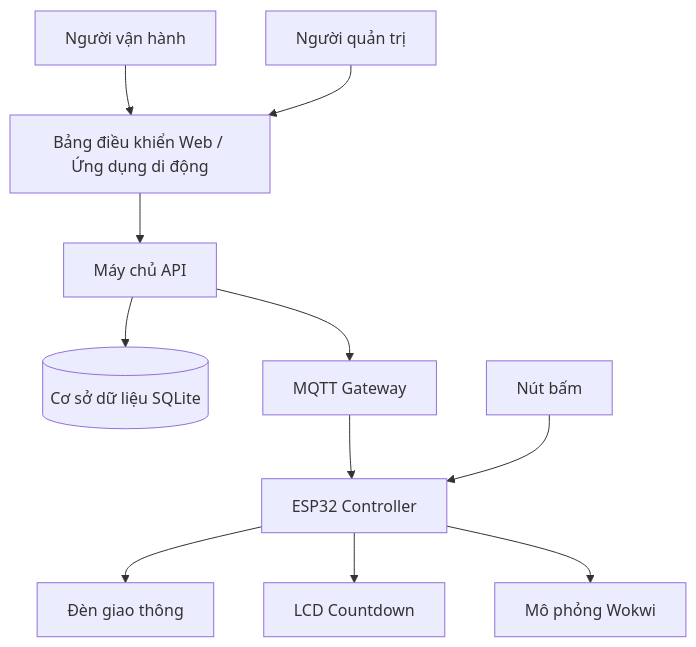
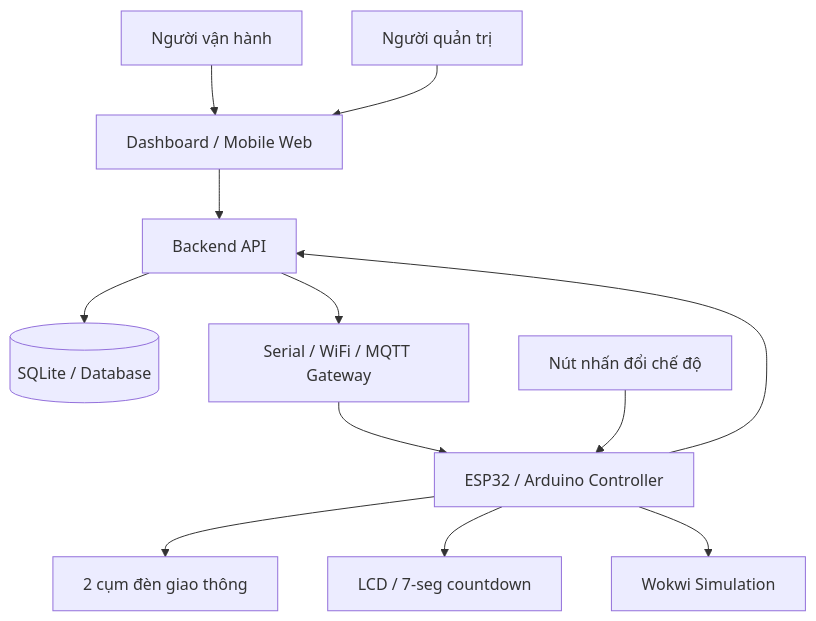
The first of 7 diagrams in 09_so_do_thiet_ke.md (xuanhai0913/iot-traffic-light-wokwi), drawn with Mermaid before and after one commit. The commit also changed other lines of this file, not shown here.

````diff
--- a/09_so_do_thiet_ke.md
+++ b/09_so_do_thiet_ke.md
@@ -37,43 +27,26 @@
 ```mermaid
 flowchart TD
+    Operator["Người vận hành"]
+    Admin["Người quản trị"]
+    Dashboard["Dashboard / Mobile Web"]
+    Backend["Backend API"]
+    Database[("SQLite / Database")]
+    Gateway["Serial / WiFi / MQTT Gateway"]
+    Controller["ESP32 / Arduino Controller"]
+    Wokwi["Wokwi Simulation"]
+    Lights["2 cụm đèn giao thông"]
+    Display["LCD / 7-seg countdown"]
+    Buttons["Nút nhấn đổi chế độ"]
 
-NguoiVanHanh["Người vận hành"]
-QuanTri["Người quản trị"]
-
-BangDieuKhien["Bảng điều khiển Web / Ứng dụng di động"]
-
-MayChu["Máy chủ API"]
-
-CoSoDuLieu[("Cơ sở dữ liệu SQLite")]
-
-MQTT["MQTT Gateway"]
-
-ESP32["ESP32 Controller"]
-
-Wokwi["Mô phỏng Wokwi"]
-
-DenGiaoThong["Đèn giao thông"]
-
-LCD["LCD Countdown"]
-
-NutBam["Nút bấm"]
-
-
-NguoiVanHanh --> BangDieuKhien
-QuanTri --> BangDieuKhien
-
-BangDieuKhien --> MayChu
-
-MayChu --> CoSoDuLieu
-
-MayChu --> MQTT
-
-MQTT --> ESP32
-
-ESP32 --> DenGiaoThong
-ESP32 --> LCD
-
-NutBam --> ESP32
-
-ESP32 --> Wokwi
+    Operator --> Dashboard
+    Admin --> Dashboard
+    Dashboard --> Backend
+    Backend --> Database
+    Backend --> Gateway
+    Gateway --> Controller
+    Buttons --> Controller
+    Controller --> Lights
+    Controller --> Display
+    Controller --> Wokwi
+    Controller --> Backend
 ```
````
